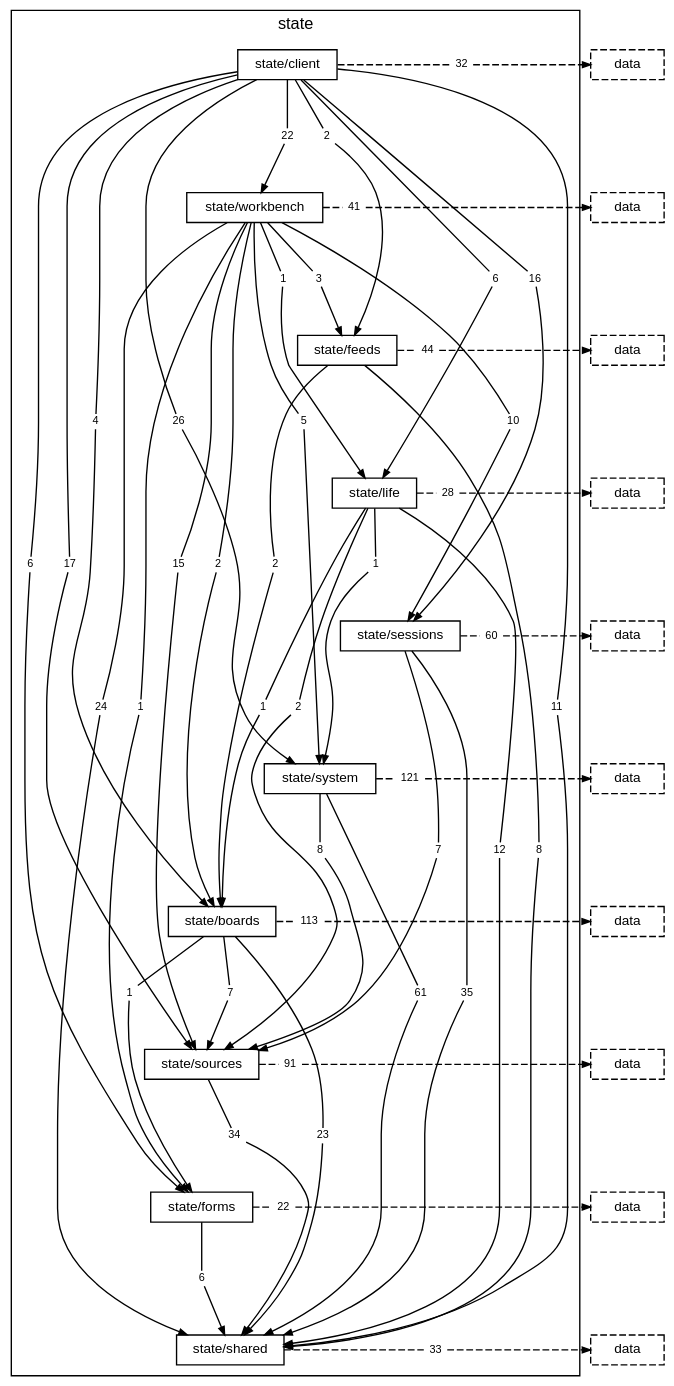
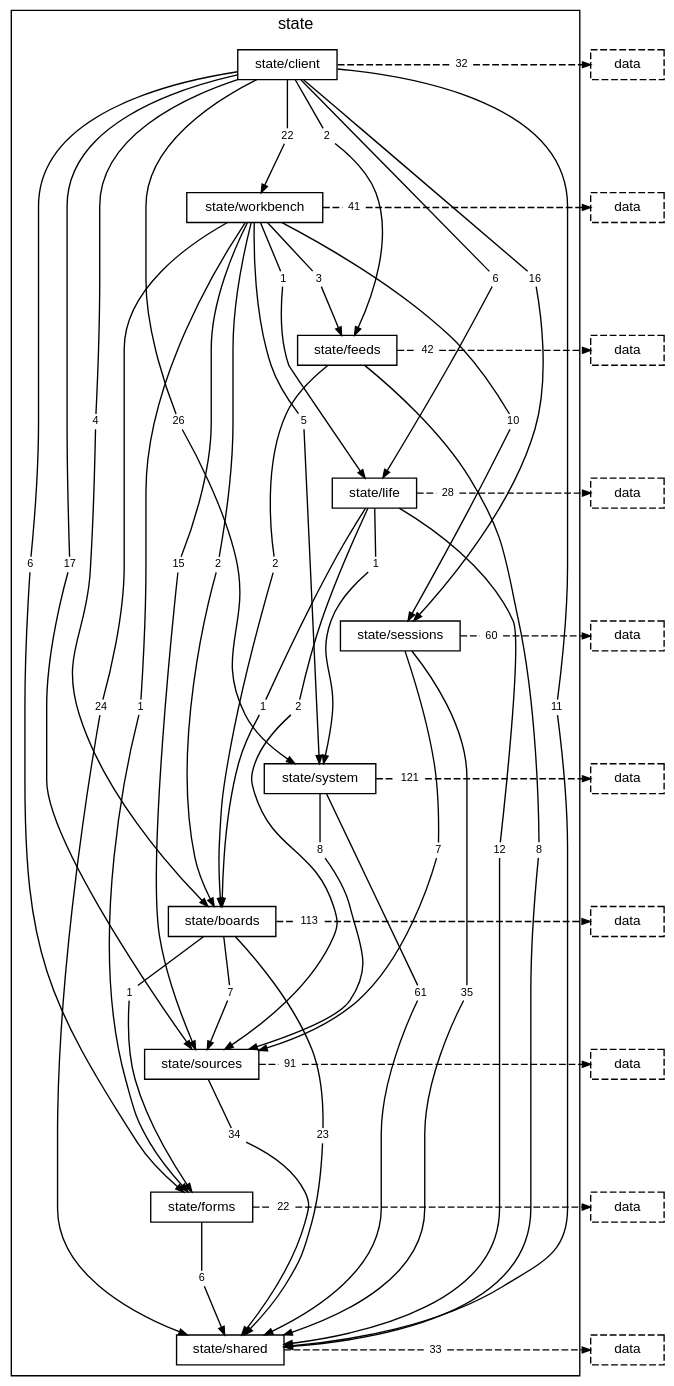
Before and after one commit to TheAxeC/oculus: the diagram in docs/diagrams/layer-state.dot, drawn with Graphviz. The commit also changed 57 other files, not shown here.

```diff
--- a/docs/diagrams/layer-state.dot
+++ b/docs/diagrams/layer-state.dot
@@ -35,7 +35,7 @@
         "folder state/workbench to layer data" [label="41", shape=box, color="transparent", fontsize=8, width=0, height=0, margin="0.04,0.02"];
         "folder state/feeds to folder state/boards" [label="2", shape=box, color="transparent", fontsize=8, width=0, height=0, margin="0.04,0.02"];
         "folder state/feeds to folder state/shared" [label="8", shape=box, color="transparent", fontsize=8, width=0, height=0, margin="0.04,0.02"];
-        "folder state/feeds to layer data" [label="44", shape=box, color="transparent", fontsize=8, width=0, height=0, margin="0.04,0.02"];
+        "folder state/feeds to layer data" [label="42", shape=box, color="transparent", fontsize=8, width=0, height=0, margin="0.04,0.02"];
         "folder state/life to folder state/boards" [label="1", shape=box, color="transparent", fontsize=8, width=0, height=0, margin="0.04,0.02"];
         "folder state/life to folder state/shared" [label="12", shape=box, color="transparent", fontsize=8, width=0, height=0, margin="0.04,0.02"];
         "folder state/life to folder state/sources" [label="2", shape=box, color="transparent", fontsize=8, width=0, height=0, margin="0.04,0.02"];
```
